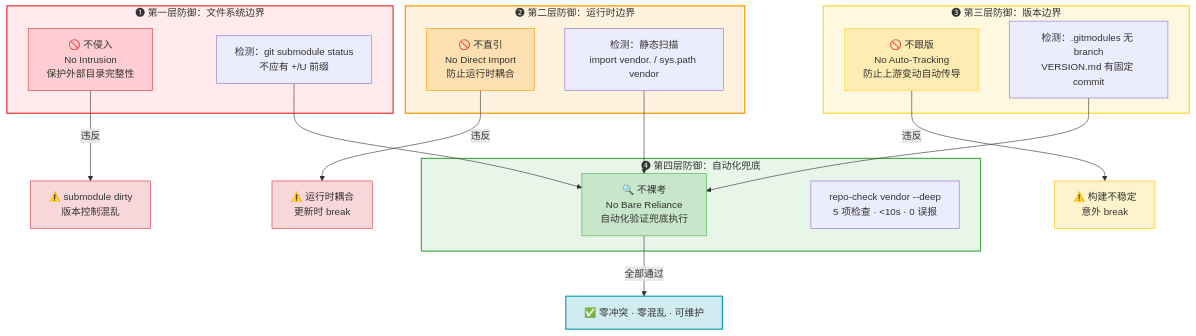
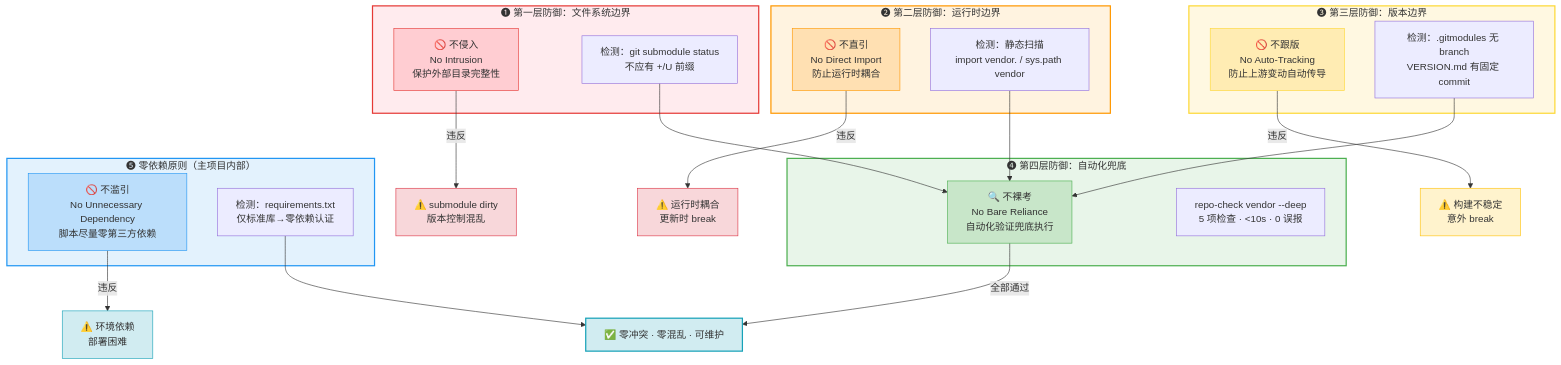
One commit to xinetzone/SpecWeave changed the first of 4 diagrams in docs/retrospective/patterns/methodology-patterns/governance-strategy/four-negatives-external-dependency.md. Above: the diagram before and after it, drawn with Mermaid. The commit also changed other lines of this file and 16 other files, not shown here.

````diff
--- a/docs/retrospective/patterns/methodology-patterns/governance-strategy/four-negatives-external-dependency.md
+++ b/docs/retrospective/patterns/methodology-patterns/governance-strategy/four-negatives-external-dependency.md
@@ -18,38 +41,47 @@
 ```mermaid
 flowchart TB
     subgraph L1["❶ 第一层防御：文件系统边界"]
         N1["🚫 不侵入<br/>No Intrusion<br/>保护外部目录完整性"]
         N1_DET["检测：git submodule status<br/>不应有 +/U 前缀"]
     end
     subgraph L2["❷ 第二层防御：运行时边界"]
         N2["🚫 不直引<br/>No Direct Import<br/>防止运行时耦合"]
         N2_DET["检测：静态扫描<br/>import vendor. / sys.path vendor"]
     end
     subgraph L3["❸ 第三层防御：版本边界"]
         N3["🚫 不跟版<br/>No Auto-Tracking<br/>防止上游变动自动传导"]
         N3_DET["检测：.gitmodules 无 branch<br/>VERSION.md 有固定 commit"]
     end
     subgraph L4["❹ 第四层防御：自动化兜底"]
         N4["🔍 不裸考<br/>No Bare Reliance<br/>自动化验证兜底执行"]
         N4_DET["repo-check vendor --deep<br/>5 项检查 · <10s · 0 误报"]
     end
+    subgraph L5["❺ 零依赖原则（主项目内部）"]
+        N5["🚫 不滥引<br/>No Unnecessary Dependency<br/>脚本尽量零第三方依赖"]
+        N5_DET["检测：requirements.txt<br/>仅标准库→零依赖认证"]
+    end
     N1 -->|"违反"| C1["⚠️ submodule dirty<br/>版本控制混乱"]
     N2 -->|"违反"| C2["⚠️ 运行时耦合<br/>更新时 break"]
     N3 -->|"违反"| C3["⚠️ 构建不稳定<br/>意外 break"]
+    N5 -->|"违反"| C5["⚠️ 环境依赖<br/>部署困难"]
     N1_DET --> N4
     N2_DET --> N4
     N3_DET --> N4
     N4 -->|"全部通过"| R["✅ 零冲突 · 零混乱 · 可维护"]
+    N5_DET --> R
     style L1 fill:#ffebee,stroke:#e53935,stroke-width:2px
     style L2 fill:#fff3e0,stroke:#ff9800,stroke-width:2px
     style L3 fill:#fff8e1,stroke:#fdd835,stroke-width:2px
     style L4 fill:#e8f5e9,stroke:#4caf50,stroke-width:2px
+    style L5 fill:#e3f2fd,stroke:#2196f3,stroke-width:2px
     style N1 fill:#ffcdd2,stroke:#e53935
     style N2 fill:#ffe0b2,stroke:#ff9800
     style N3 fill:#ffecb3,stroke:#fdd835
     style N4 fill:#c8e6c9,stroke:#4caf50
+    style N5 fill:#bbdefb,stroke:#2196f3
     style R fill:#d1ecf1,stroke:#17a2b8,stroke-width:2px
     style C1 fill:#f8d7da,stroke:#dc3545
     style C2 fill:#f8d7da,stroke:#dc3545
     style C3 fill:#fff3cd,stroke:#ffc107
+    style C5 fill:#d1ecf1,stroke:#17a2b8
 ```
````
